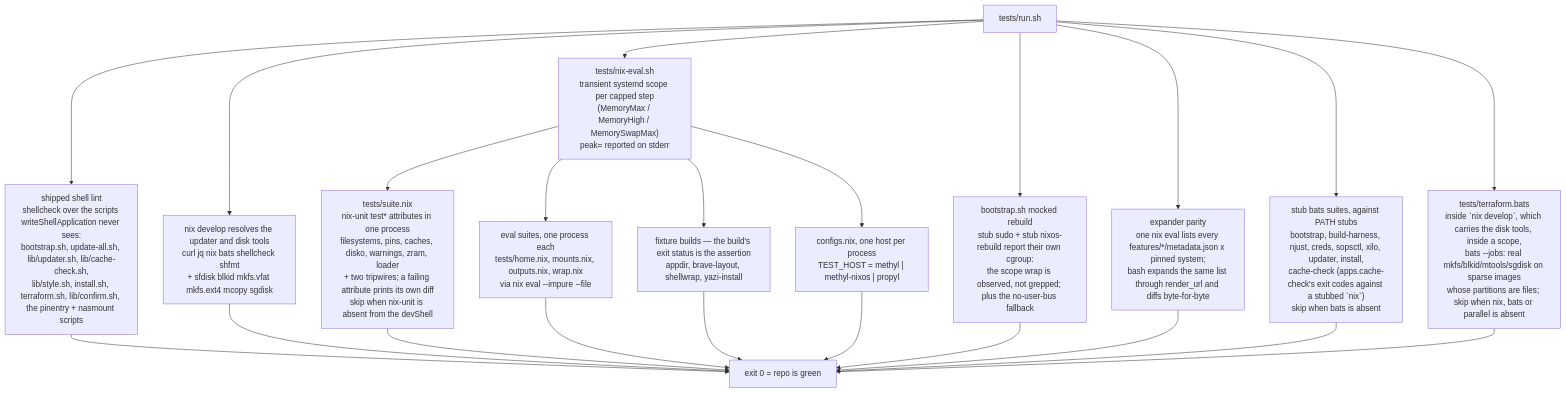
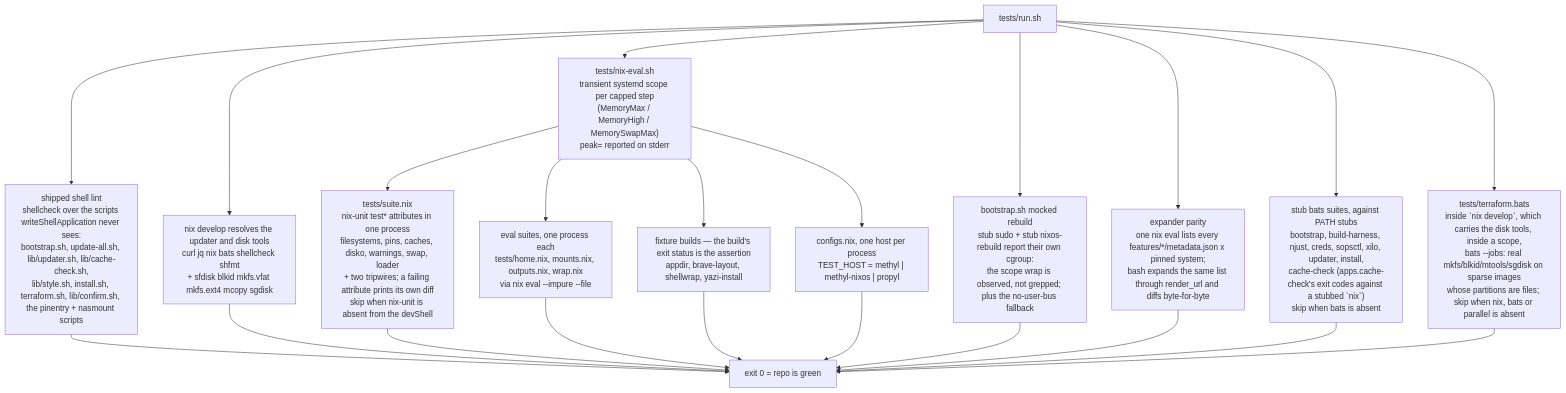
One commit to WombatFromHell/automatic-palm-tree changed the first of 5 diagrams in TEST_DESIGN.md. Above: the diagram before and after it, drawn with Mermaid. The commit also changed other lines of this file and 14 other files, not shown here.

````diff
--- a/TEST_DESIGN.md
+++ b/TEST_DESIGN.md
@@ -28,24 +28,24 @@
 ```mermaid
 flowchart TD
   R["tests/run.sh"] --> N["tests/nix-eval.sh<br/>transient systemd scope per capped step<br/>(MemoryMax / MemoryHigh / MemorySwapMax)<br/>peak= reported on stderr"]
   R --> LN["shipped shell lint<br/>shellcheck over the scripts writeShellApplication never sees:<br/>bootstrap.sh, update-all.sh, lib/updater.sh, lib/cache-check.sh,<br/>lib/style.sh, install.sh, terraform.sh, lib/confirm.sh, the pinentry + nasmount scripts"]
   R --> DV["nix develop resolves the updater and disk tools<br/>curl jq nix bats shellcheck shfmt<br/>+ sfdisk blkid mkfs.vfat mkfs.ext4 mcopy sgdisk"]
-  N --> U["tests/suite.nix<br/>nix-unit test* attributes in one process<br/>filesystems, pins, caches, disko, warnings, zram, loader<br/>+ two tripwires; a failing attribute prints its own diff<br/>skip when nix-unit is absent from the devShell"]
+  N --> U["tests/suite.nix<br/>nix-unit test* attributes in one process<br/>filesystems, pins, caches, disko, warnings, swap, loader<br/>+ two tripwires; a failing attribute prints its own diff<br/>skip when nix-unit is absent from the devShell"]
   N --> G["eval suites, one process each<br/>tests/home.nix, mounts.nix, outputs.nix, wrap.nix<br/>via nix eval --impure --file"]
   N --> B["fixture builds — the build's exit status is the assertion<br/>appdir, brave-layout, shellwrap, yazi-install"]
   N --> C["configs.nix, one host per process<br/>TEST_HOST = methyl | methyl-nixos | propyl"]
   R --> M["bootstrap.sh mocked rebuild<br/>stub sudo + stub nixos-rebuild report their own cgroup:<br/>the scope wrap is observed, not grepped; plus the no-user-bus fallback"]
   R --> P["expander parity<br/>one nix eval lists every features/*/metadata.json x pinned system;<br/>bash expands the same list through render_url and diffs byte-for-byte"]
   R --> I["stub bats suites, against PATH stubs<br/>bootstrap, build-harness, njust, creds, sopsctl, xilo, updater, install,<br/>cache-check (apps.cache-check's exit codes against a stubbed `nix`)<br/>skip when bats is absent"]
   R --> T["tests/terraform.bats<br/>inside `nix develop`, which carries the disk tools, inside a scope,<br/>bats --jobs: real mkfs/blkid/mtools/sgdisk on sparse images<br/>whose partitions are files; skip when nix, bats or parallel is absent"]
   LN --> X["exit 0 = repo is green"]
   DV --> X
   U --> X
   G --> X
   B --> X
   C --> X
   M --> X
   P --> X
   I --> X
   T --> X
 ```
````
